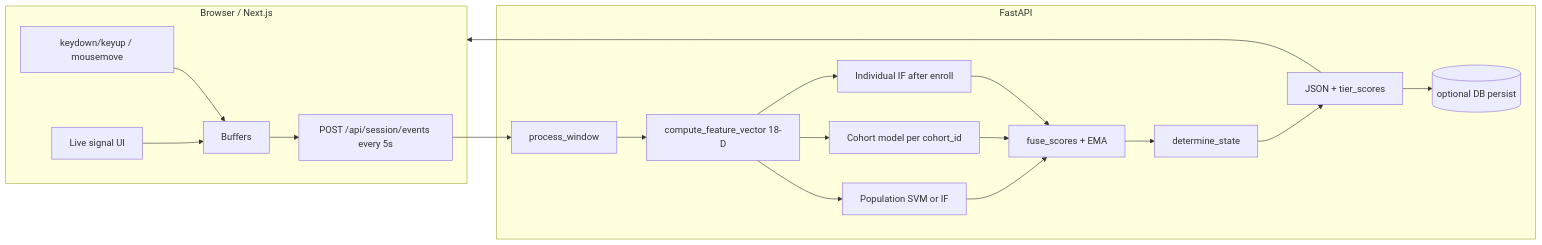
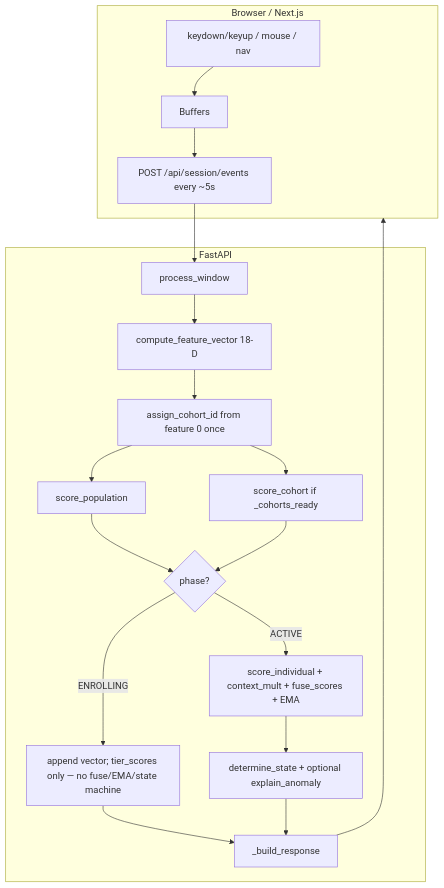
One commit to shaileshdev4/behaviour-guard changed the diagram in docs/DETECTION_SYSTEM.md. Above: the diagram before and after it, drawn with Mermaid. The commit also changed other lines of this file and 19 other files, not shown here.

````diff
--- a/docs/DETECTION_SYSTEM.md
+++ b/docs/DETECTION_SYSTEM.md
@@ -28,22 +31,22 @@
 ```mermaid
-flowchart LR
+flowchart TB
   subgraph browser [Browser / Next.js]
-    A[keydown/keyup / mousemove] --> B[Buffers]
-    B --> C[POST /api/session/events every 5s]
-    D[Live signal UI] --> B
+    A[keydown/keyup / mouse / nav] --> B[Buffers]
+    B --> C[POST /api/session/events every ~5s]
   end
   subgraph api [FastAPI]
     C --> E[process_window]
     E --> F[compute_feature_vector 18-D]
-    F --> G[Population SVM or IF]
-    F --> H[Cohort model per cohort_id]
-    F --> I[Individual IF after enroll]
-    G --> J[fuse_scores + EMA]
-    H --> J
+    F --> G[assign_cohort_id from feature 0 once]
+    G --> H[score_population]
+    G --> I[score_cohort if _cohorts_ready]
+    H --> J{phase?}
     I --> J
-    J --> K[determine_state]
-    K --> L[JSON + tier_scores]
-    L --> M[(optional DB persist)]
+    J -->|ENROLLING| K[append vector; tier_scores only — no fuse/EMA/state machine]
+    J -->|ACTIVE| L[score_individual + context_mult + fuse_scores + EMA]
+    K --> O[_build_response]
+    L --> N[determine_state + optional explain_anomaly]
+    N --> O
   end
-  L --> browser
+  O --> browser
 ```
````
